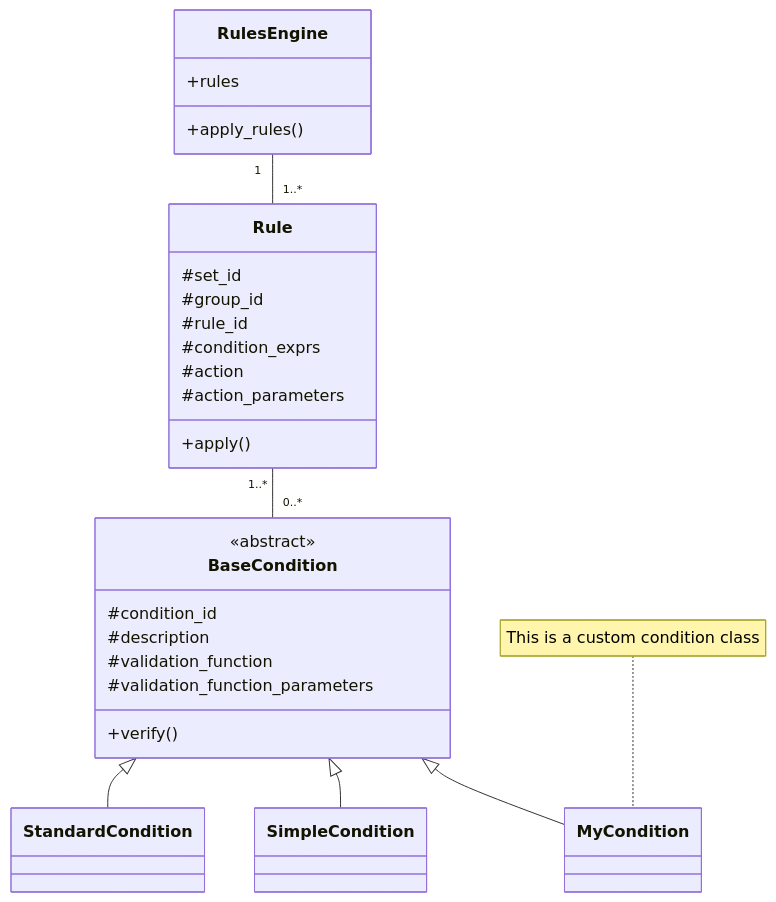
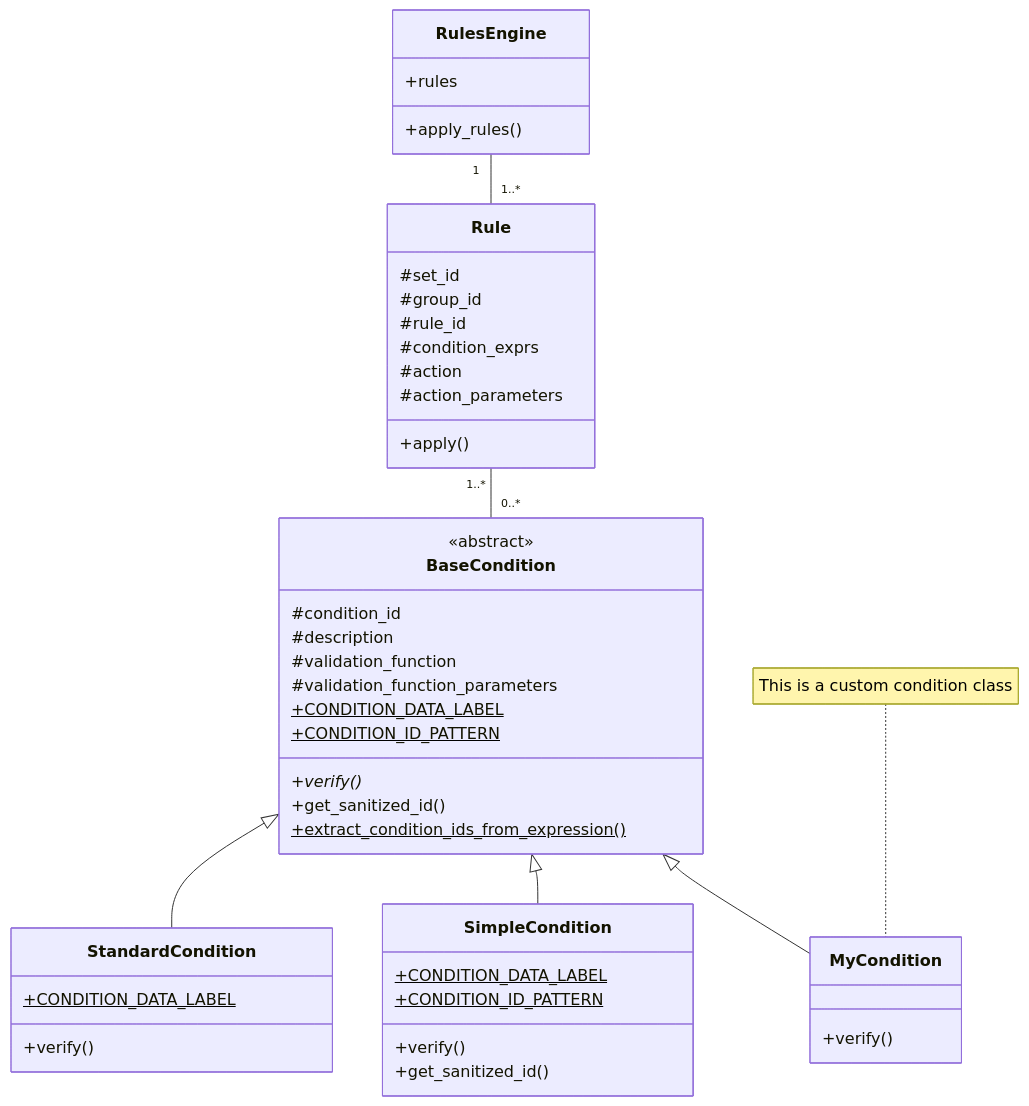
The diagram in docs/pages/custom_conditions.md (MAIF/arta), drawn with Mermaid before and after one commit. The commit also changed 45 other files, not shown here.

````diff
--- a/docs/pages/custom_conditions.md
+++ b/docs/pages/custom_conditions.md
@@ -123,30 +123,47 @@
 ```mermaid
 classDiagram
     note for MyCondition "This is a custom condition class"
     RulesEngine "1" -- "1..*" Rule
     Rule "1..*" -- "0..*" BaseCondition
     BaseCondition <|-- StandardCondition
     BaseCondition <|-- SimpleCondition
     BaseCondition <|-- MyCondition
     class RulesEngine{
         +rules
         +apply_rules()
     }
     class Rule {
         #set_id
         #group_id
         #rule_id
         #condition_exprs
         #action
         #action_parameters
         +apply()
     }
     class BaseCondition {
         <<abstract>>
         #condition_id
         #description
         #validation_function
         #validation_function_parameters
-        +verify()
+        +CONDITION_DATA_LABEL$
+        +CONDITION_ID_PATTERN$
+        +verify()*
+        +get_sanitized_id()
+        +extract_condition_ids_from_expression()$
+    }
+    class StandardCondition {
+      +CONDITION_DATA_LABEL$
+      +verify()
+    }
+    class SimpleCondition {
+      +CONDITION_DATA_LABEL$
+      +CONDITION_ID_PATTERN$
+      +verify()
+      +get_sanitized_id()
+    }
+    class MyCondition {
+      +verify()
     }
 ```
````
